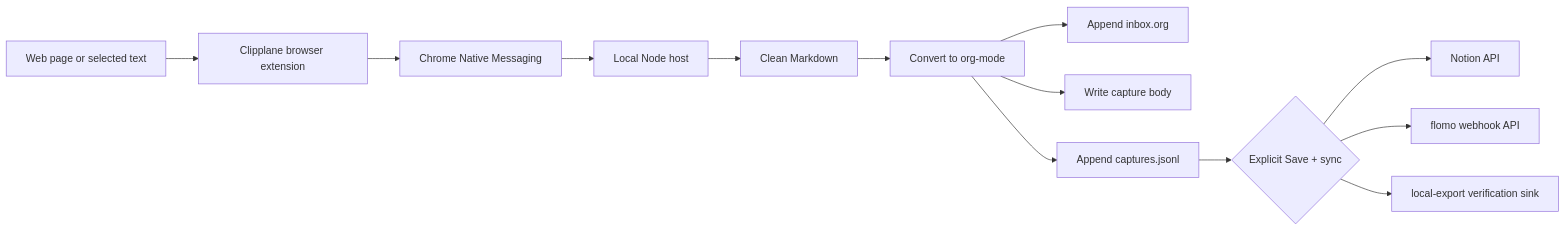
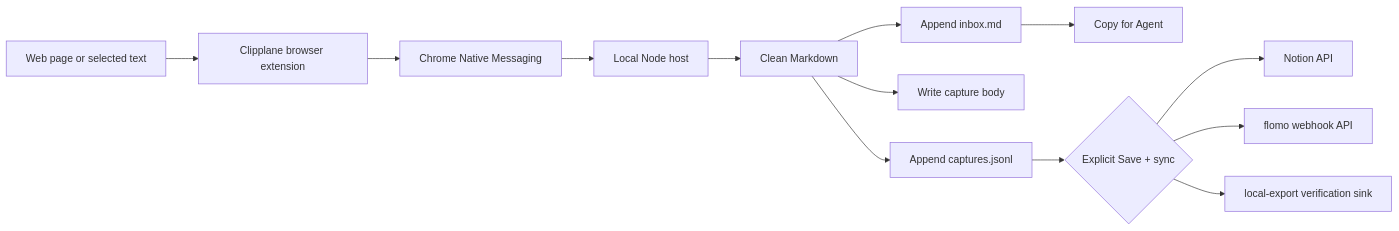
One commit to KKenny0/Clipplane changed the diagram in README.en.md. Above: the diagram before and after it, drawn with Mermaid. The commit also changed other lines of this file and 39 other files, not shown here.

Commit message:
feat: migrate capture inbox to markdown and harden lifecycle recovery

````diff
--- a/README.en.md
+++ b/README.en.md
@@ -155,15 +155,15 @@
 ```mermaid
 flowchart LR
   A[Web page or selected text] --> B[Clipplane browser extension]
   B --> C[Chrome Native Messaging]
   C --> D[Local Node host]
   D --> E[Clean Markdown]
-  E --> F[Convert to org-mode]
-  F --> G[Append inbox.org]
-  F --> H[Write capture body]
-  F --> I[Append captures.jsonl]
+  E --> G[Append inbox.md]
+  E --> H[Write capture body]
+  E --> I[Append captures.jsonl]
+  G --> N[Copy for Agent]
   I --> J{Explicit Save + sync}
   J --> K[Notion API]
   J --> L[flomo webhook API]
   J --> M[local-export verification sink]
 ```
````
